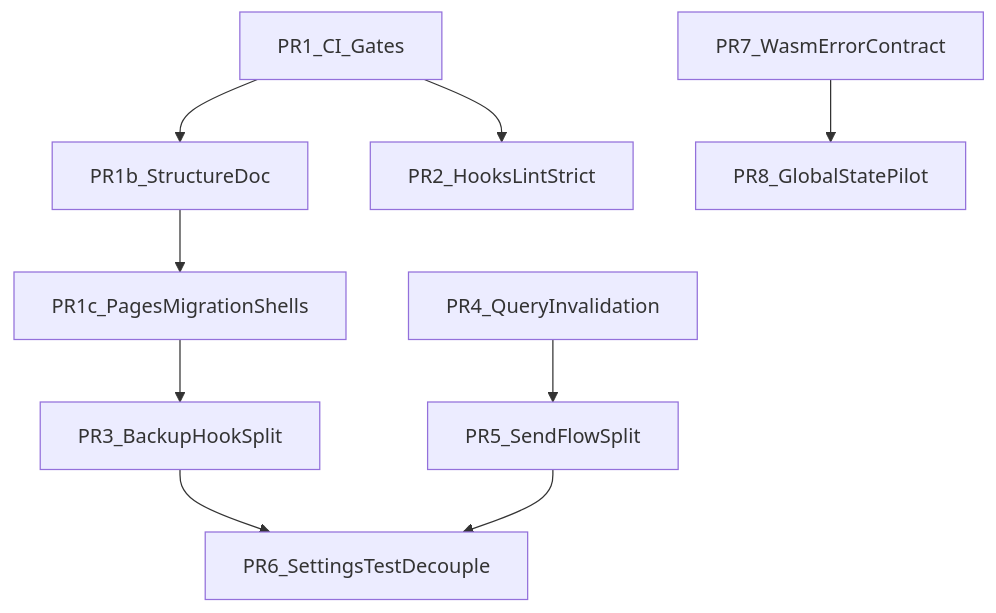
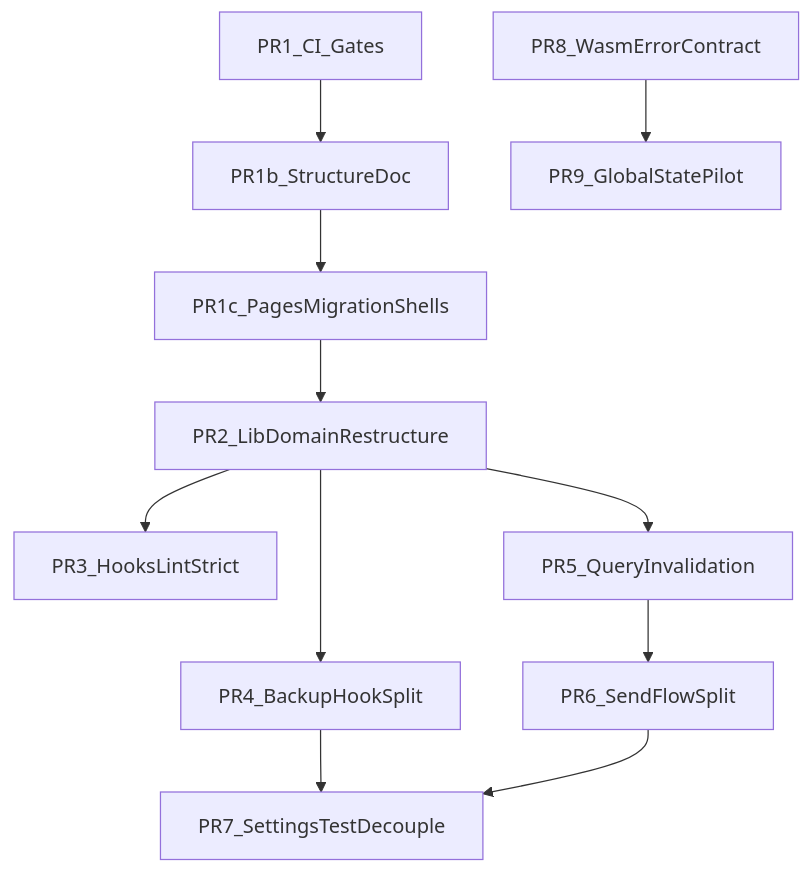
The second of 2 diagrams in .cursor/architecture/plans/two_week_remediation_roadmap_4e11cfd8.plan.md (Radivis/bitboard-pwa-wallet), drawn with Mermaid before and after one commit. The commit also changed other lines of this file, not shown here.

Commit message:
Updated remediation plan with PR to restructure lib folder

````diff
--- a/.cursor/architecture/plans/two_week_remediation_roadmap_4e11cfd8.plan.md
+++ b/.cursor/architecture/plans/two_week_remediation_roadmap_4e11cfd8.plan.md
@@ -263,11 +329,13 @@
 ```mermaid
 flowchart TD
   pr1[PR1_CI_Gates] --> pr1b[PR1b_StructureDoc]
   pr1b --> pr1c[PR1c_PagesMigrationShells]
-  pr1 --> pr2[PR2_HooksLintStrict]
-  pr1c --> pr3[PR3_BackupHookSplit]
-  pr3 --> pr6[PR6_SettingsTestDecouple]
-  pr4[PR4_QueryInvalidation] --> pr5[PR5_SendFlowSplit]
-  pr5 --> pr6
-  pr7[PR7_WasmErrorContract] --> pr8[PR8_GlobalStatePilot]
+  pr1c --> pr2[PR2_LibDomainRestructure]
+  pr2 --> pr3[PR3_HooksLintStrict]
+  pr2 --> pr4[PR4_BackupHookSplit]
+  pr2 --> pr5[PR5_QueryInvalidation]
+  pr4 --> pr7[PR7_SettingsTestDecouple]
+  pr5 --> pr6[PR6_SendFlowSplit]
+  pr6 --> pr7
+  pr8[PR8_WasmErrorContract] --> pr9[PR9_GlobalStatePilot]
 ```
````
